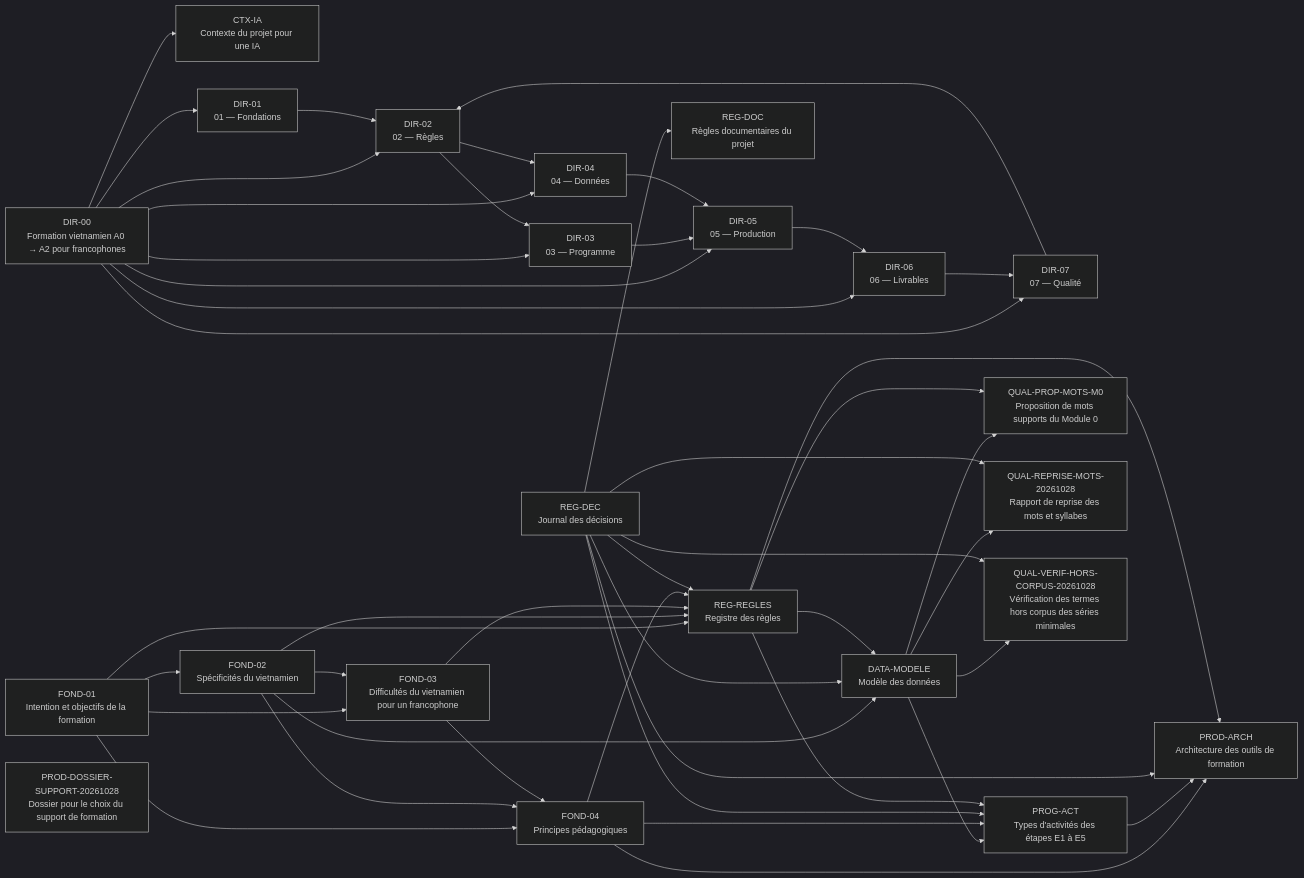
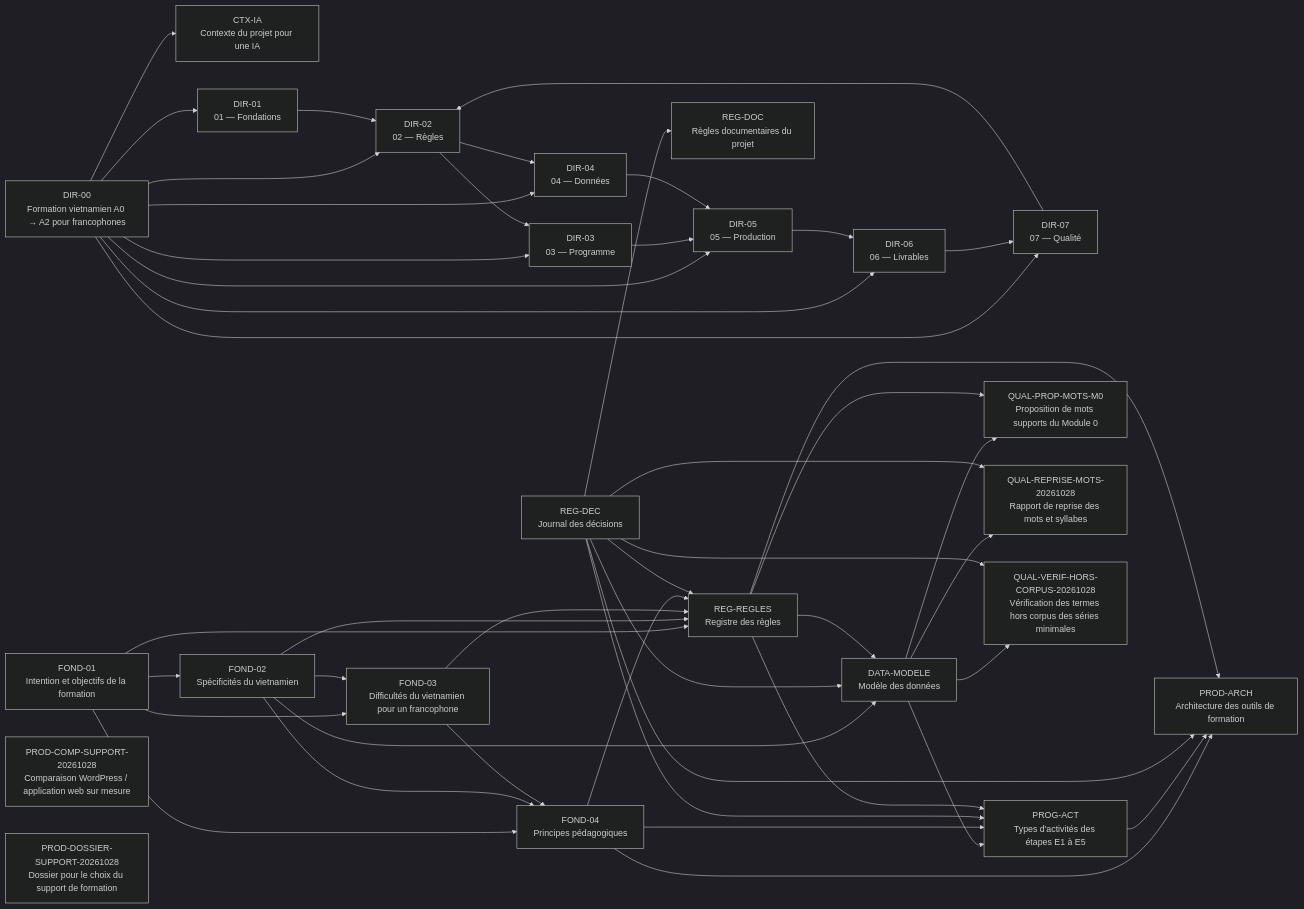
Before and after one commit to cappleinouest-lang/viet-project: the diagram in CARTE_DOCUMENTAIRE.md, drawn with Mermaid (dark theme). The commit also changed other lines of this file and 4 other files, not shown here.

Commit message:
DEC-0030 : lecteur developpe d'abord en site statique ; comparaison WordPress / application web

````diff
--- a/CARTE_DOCUMENTAIRE.md
+++ b/CARTE_DOCUMENTAIRE.md
@@ -21,71 +21,72 @@
 ```mermaid
 graph LR
   CTX_IA["CTX-IA<br/>Contexte du projet pour une IA"]
   DATA_MODELE["DATA-MODELE<br/>Modèle des données"]
   DIR_00["DIR-00<br/>Formation vietnamien A0 → A2 pour francophones"]
   DIR_01["DIR-01<br/>01 — Fondations"]
   DIR_02["DIR-02<br/>02 — Règles"]
   DIR_03["DIR-03<br/>03 — Programme"]
   DIR_04["DIR-04<br/>04 — Données"]
   DIR_05["DIR-05<br/>05 — Production"]
   DIR_06["DIR-06<br/>06 — Livrables"]
   DIR_07["DIR-07<br/>07 — Qualité"]
   FOND_01["FOND-01<br/>Intention et objectifs de la formation"]
   FOND_02["FOND-02<br/>Spécificités du vietnamien"]
   FOND_03["FOND-03<br/>Difficultés du vietnamien pour un francophone"]
   FOND_04["FOND-04<br/>Principes pédagogiques"]
   PROD_ARCH["PROD-ARCH<br/>Architecture des outils de formation"]
+  PROD_COMP_SUPPORT_20261028["PROD-COMP-SUPPORT-20261028<br/>Comparaison WordPress / application web sur mesure"]
   PROD_DOSSIER_SUPPORT_20261028["PROD-DOSSIER-SUPPORT-20261028<br/>Dossier pour le choix du support de formation"]
   PROG_ACT["PROG-ACT<br/>Types d'activités des étapes E1 à E5"]
   QUAL_PROP_MOTS_M0["QUAL-PROP-MOTS-M0<br/>Proposition de mots supports du Module 0"]
   QUAL_REPRISE_MOTS_20261028["QUAL-REPRISE-MOTS-20261028<br/>Rapport de reprise des mots et syllabes"]
   QUAL_VERIF_HORS_CORPUS_20261028["QUAL-VERIF-HORS-CORPUS-20261028<br/>Vérification des termes hors corpus des séries minimales"]
   REG_DEC["REG-DEC<br/>Journal des décisions"]
   REG_DOC["REG-DOC<br/>Règles documentaires du projet"]
   REG_REGLES["REG-REGLES<br/>Registre des règles"]
   DATA_MODELE --> PROG_ACT
   DATA_MODELE --> QUAL_PROP_MOTS_M0
   DATA_MODELE --> QUAL_REPRISE_MOTS_20261028
   DATA_MODELE --> QUAL_VERIF_HORS_CORPUS_20261028
   DIR_00 --> CTX_IA
   DIR_00 --> DIR_01
   DIR_00 --> DIR_02
   DIR_00 --> DIR_03
   DIR_00 --> DIR_04
   DIR_00 --> DIR_05
   DIR_00 --> DIR_06
   DIR_00 --> DIR_07
   DIR_01 --> DIR_02
   DIR_02 --> DIR_03
   DIR_02 --> DIR_04
   DIR_03 --> DIR_05
   DIR_04 --> DIR_05
   DIR_05 --> DIR_06
   DIR_06 --> DIR_07
   DIR_07 --> DIR_02
   FOND_01 --> FOND_02
   FOND_01 --> FOND_03
   FOND_01 --> FOND_04
   FOND_01 --> REG_REGLES
   FOND_02 --> DATA_MODELE
   FOND_02 --> FOND_03
   FOND_02 --> FOND_04
   FOND_02 --> REG_REGLES
   FOND_03 --> FOND_04
   FOND_03 --> REG_REGLES
   FOND_04 --> PROD_ARCH
   FOND_04 --> PROG_ACT
   FOND_04 --> REG_REGLES
   PROG_ACT --> PROD_ARCH
   REG_DEC --> DATA_MODELE
   REG_DEC --> PROD_ARCH
   REG_DEC --> PROG_ACT
   REG_DEC --> QUAL_REPRISE_MOTS_20261028
   REG_DEC --> QUAL_VERIF_HORS_CORPUS_20261028
   REG_DEC --> REG_DOC
   REG_DEC --> REG_REGLES
   REG_REGLES --> DATA_MODELE
   REG_REGLES --> PROD_ARCH
   REG_REGLES --> PROG_ACT
   REG_REGLES --> QUAL_PROP_MOTS_M0
 ```
````
